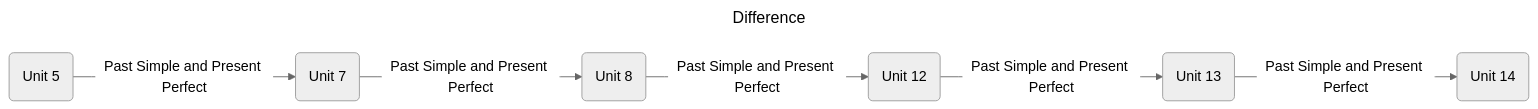
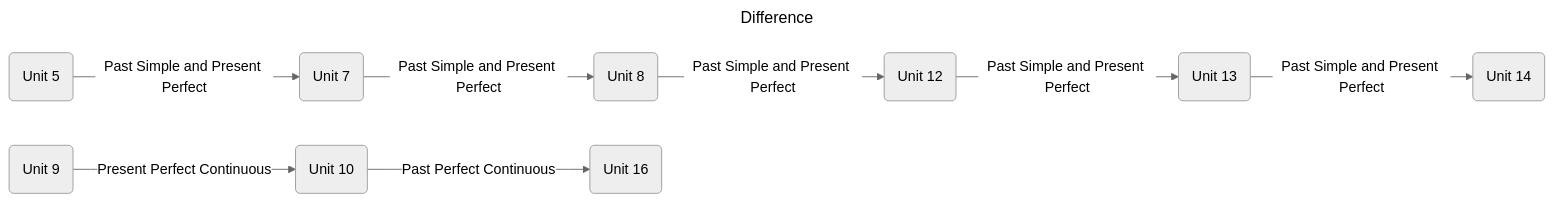
The third of 6 diagrams in _posts/2025-06-13-english-grammar-in-use-overview.md (NishikiChisato/NishikiChisato.github.io), drawn with Mermaid before and after one commit. The commit also changed other lines of this file, not shown here.

Commit message:
chore: added a new unit

````diff
--- a/_posts/2025-06-13-english-grammar-in-use-overview.md
+++ b/_posts/2025-06-13-english-grammar-in-use-overview.md
@@ -37,10 +38,11 @@
 ```mermaid
 ---
 title: Difference
 --- 
 %%{init: { 'logLevel': 'debug', 'theme': 'neutral' } }%%
 flowchart LR
   u5(Unit 5) -->|Past Simple and Present Perfect| u7(Unit 7) -->|Past Simple and Present Perfect| u8(Unit 8) 
   -->|Past Simple and Present Perfect| u12(Unit 12) -->|Past Simple and Present Perfect| u13(Unit 13) 
   -->|Past Simple and Present Perfect| u14(Unit 14)
+  u9(Unit 9) -->|Present Perfect Continuous| u10(Unit 10) -->|Past Perfect Continuous| u16(Unit 16)
 ```
````
